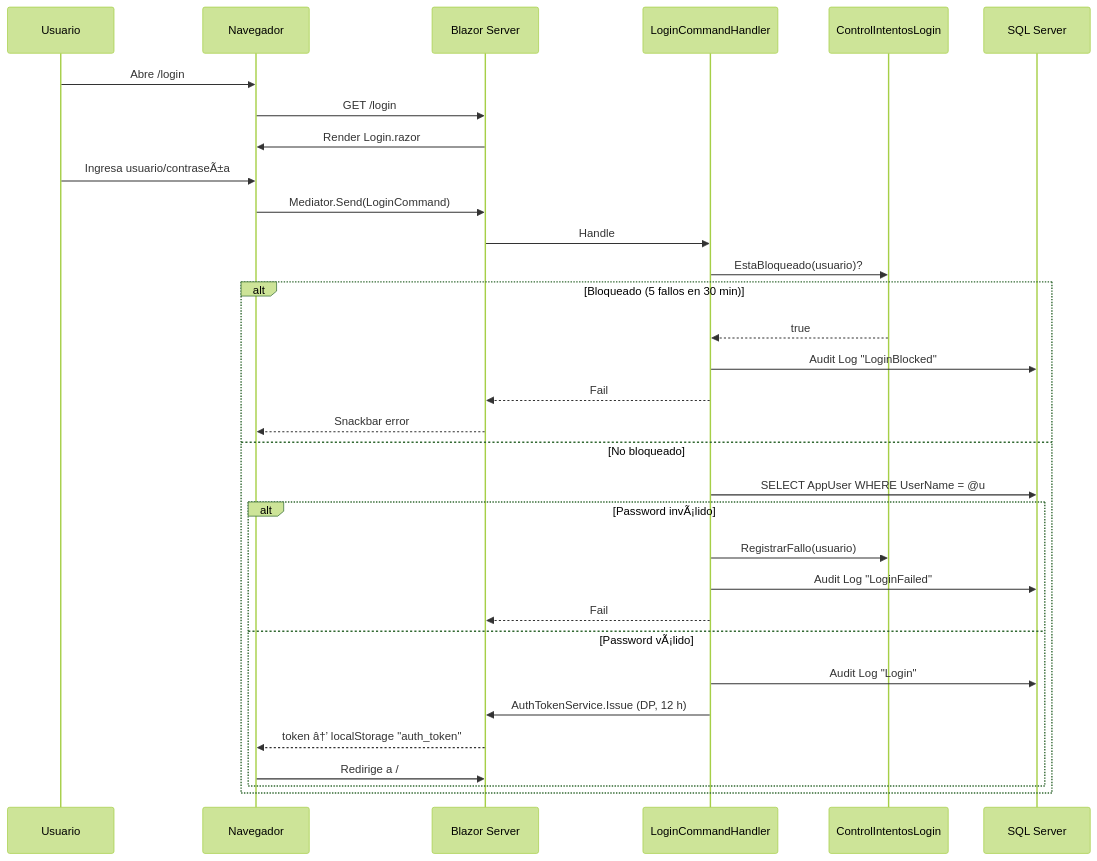
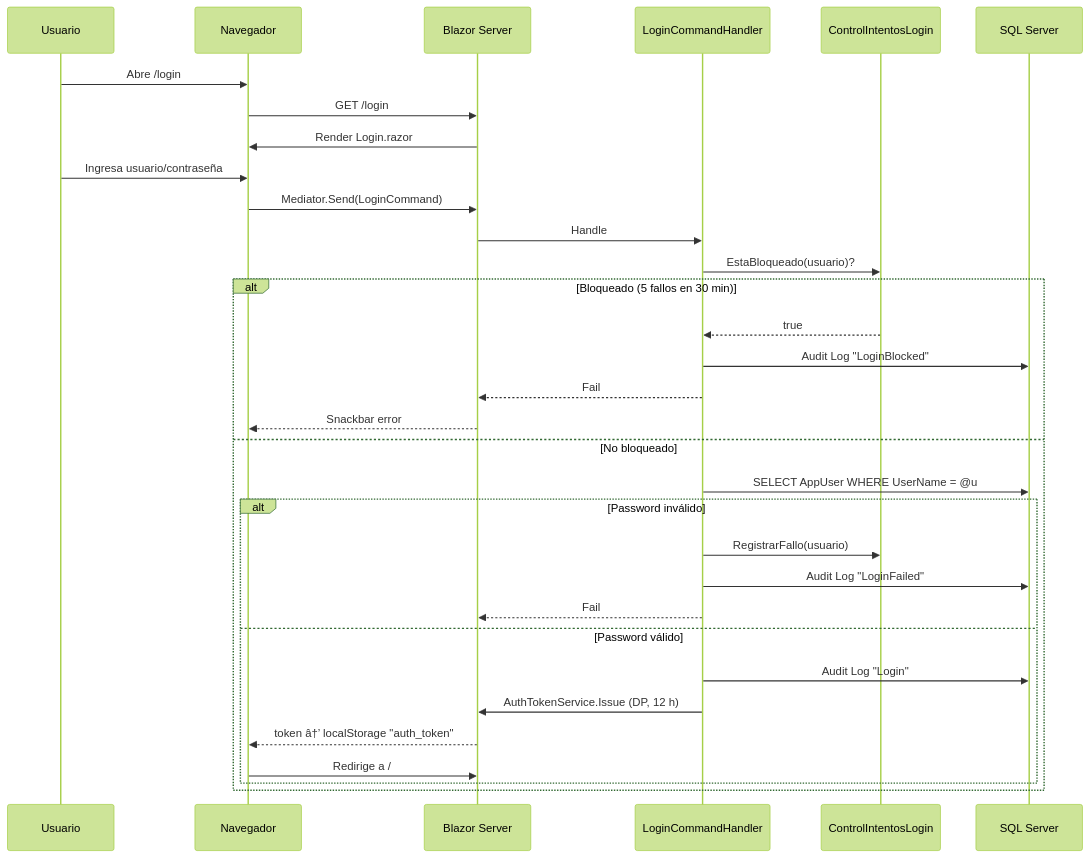
Before and after one commit to adrian-silva-uy/guarino: the second of 11 diagrams in docs/diagramas.md, drawn with Mermaid (forest theme). The commit also changed other lines of this file and 21 other files, not shown here.

````diff
--- a/docs/diagramas.md
+++ b/docs/diagramas.md
@@ -54,35 +54,35 @@
 ```mermaid
 sequenceDiagram
     participant U as Usuario
     participant B as Navegador
     participant W as Blazor Server
     participant L as LoginCommandHandler
     participant CI as ControlIntentosLogin
     participant DB as SQL Server
 
     U->>B: Abre /login
     B->>W: GET /login
     W->>B: Render Login.razor
-    U->>B: Ingresa usuario/contraseÃ±a
+    U->>B: Ingresa usuario/contraseña
     B->>W: Mediator.Send(LoginCommand)
     W->>L: Handle
     L->>CI: EstaBloqueado(usuario)?
     alt Bloqueado (5 fallos en 30 min)
         CI-->>L: true
         L->>DB: Audit Log "LoginBlocked"
         L-->>W: Fail
         W-->>B: Snackbar error
     else No bloqueado
         L->>DB: SELECT AppUser WHERE UserName = @u
-        alt Password invÃ¡lido
+        alt Password inválido
             L->>CI: RegistrarFallo(usuario)
             L->>DB: Audit Log "LoginFailed"
             L-->>W: Fail
-        else Password vÃ¡lido
+        else Password válido
             L->>DB: Audit Log "Login"
             L->>W: AuthTokenService.Issue (DP, 12 h)
             W-->>B: token â†’ localStorage "auth_token"
             B->>W: Redirige a /
         end
     end
 ```
````
